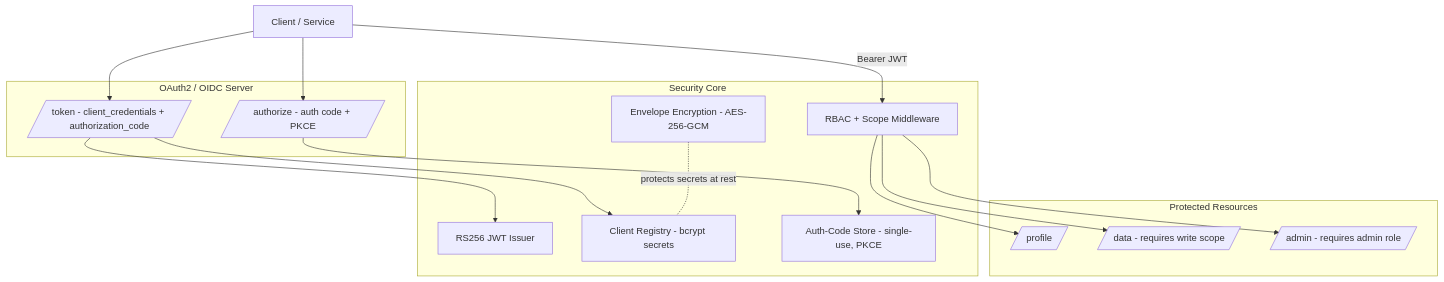
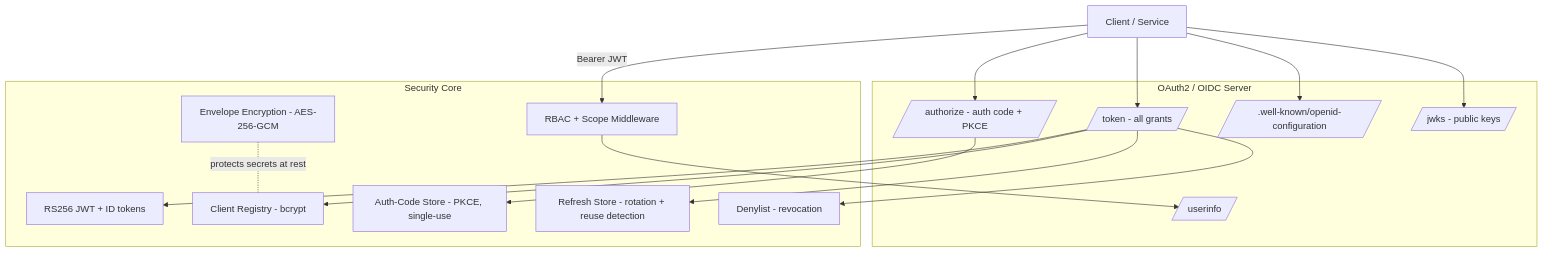
Before and after one commit to siriscent7/sentineliam: the first of 4 diagrams in README.md, drawn with Mermaid. The commit also changed other lines of this file, not shown here.

````diff
--- a/README.md
+++ b/README.md
@@ -22,34 +23,32 @@
 ```mermaid
 flowchart TD
     Client[Client / Service]
 
-    subgraph OAuth["OAuth2 / OIDC Server"]
+    subgraph OIDC["OAuth2 / OIDC Server"]
         AUTH[/authorize - auth code + PKCE/]
-        TOKEN[/token - client_credentials + authorization_code/]
+        TOKEN[/token - all grants/]
+        DISC[/.well-known/openid-configuration/]
+        JWKS[/jwks - public keys/]
+        USERINFO[/userinfo/]
     end
 
-    subgraph Security["Security Core"]
-        JWT[RS256 JWT Issuer]
-        REG[Client Registry - bcrypt secrets]
-        CODES[Auth-Code Store - single-use, PKCE]
+    subgraph Core["Security Core"]
+        JWT[RS256 JWT + ID tokens]
+        REG[Client Registry - bcrypt]
+        CODES[Auth-Code Store - PKCE, single-use]
+        REFRESH[Refresh Store - rotation + reuse detection]
+        DENY[Denylist - revocation]
         MW[RBAC + Scope Middleware]
         CRYPTO[Envelope Encryption - AES-256-GCM]
     end
 
-    subgraph Resources["Protected Resources"]
-        P[/profile/]
-        D[/data - requires write scope/]
-        A[/admin - requires admin role/]
-    end
-
-    Client --> AUTH
-    Client --> TOKEN
-    AUTH --> CODES
-    TOKEN --> REG
+    Client --> AUTH --> CODES
+    Client --> TOKEN --> REG
     TOKEN --> JWT
-    Client -->|Bearer JWT| MW
-    MW --> P
-    MW --> D
-    MW --> A
+    TOKEN --> REFRESH
+    TOKEN --> DENY
+    Client --> DISC
+    Client --> JWKS
+    Client -->|Bearer JWT| MW --> USERINFO
     CRYPTO -.protects secrets at rest.- REG
 ```
````
